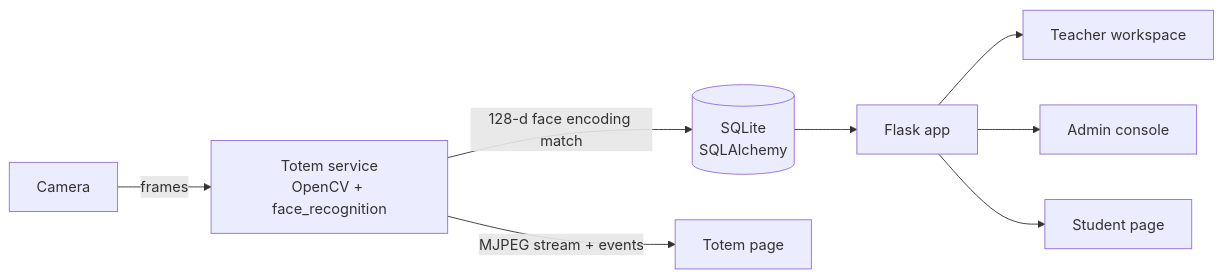
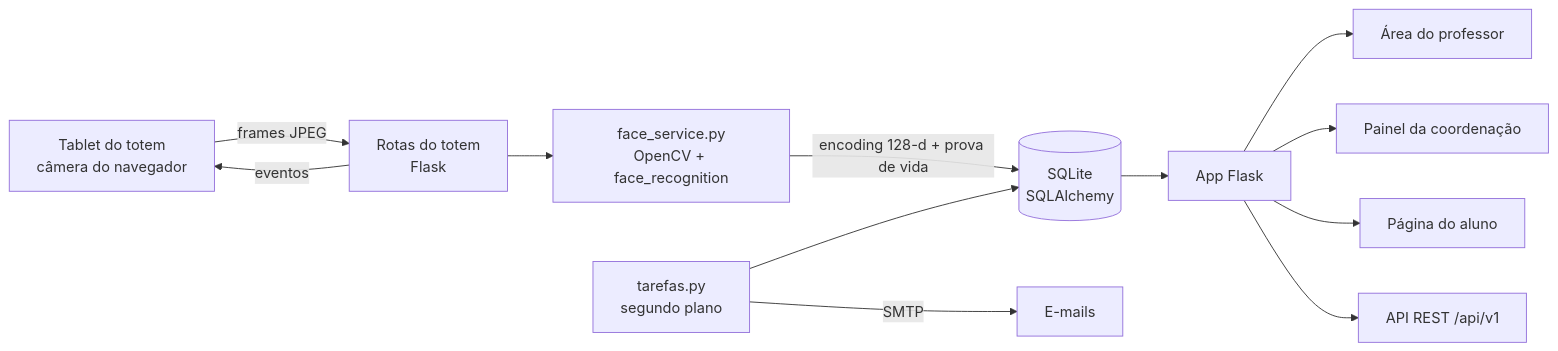
Before and after one commit to ZAMPIRON/tcc-frequencyon: the diagram in README.md, drawn with Mermaid. The commit also changed other lines of this file, not shown here.

````diff
--- a/README.md
+++ b/README.md
@@ -88,10 +192,14 @@
 ```mermaid
 flowchart LR
-    CAM[Camera] -->|frames| TOTEM[Totem service<br/>OpenCV + face_recognition]
-    TOTEM -->|128-d face encoding match| DB[(SQLite<br/>SQLAlchemy)]
-    TOTEM -->|MJPEG stream + events| UI1[Totem page]
-    DB --> APP[Flask app]
-    APP --> T[Teacher workspace]
-    APP --> A[Admin console]
-    APP --> S[Student page]
+    TAB[Tablet do totem<br/>câmera do navegador] -->|frames JPEG| API[Rotas do totem<br/>Flask]
+    API --> FS[face_service.py<br/>OpenCV + face_recognition]
+    FS -->|encoding 128-d + prova de vida| DB[(SQLite<br/>SQLAlchemy)]
+    API -->|eventos| TAB
+    DB --> APP[App Flask]
+    APP --> P[Área do professor]
+    APP --> A[Painel da coordenação]
+    APP --> S[Página do aluno]
+    APP --> R[API REST /api/v1]
+    BG[tarefas.py<br/>segundo plano] --> DB
+    BG -->|SMTP| MAIL[E-mails]
 ```
````
